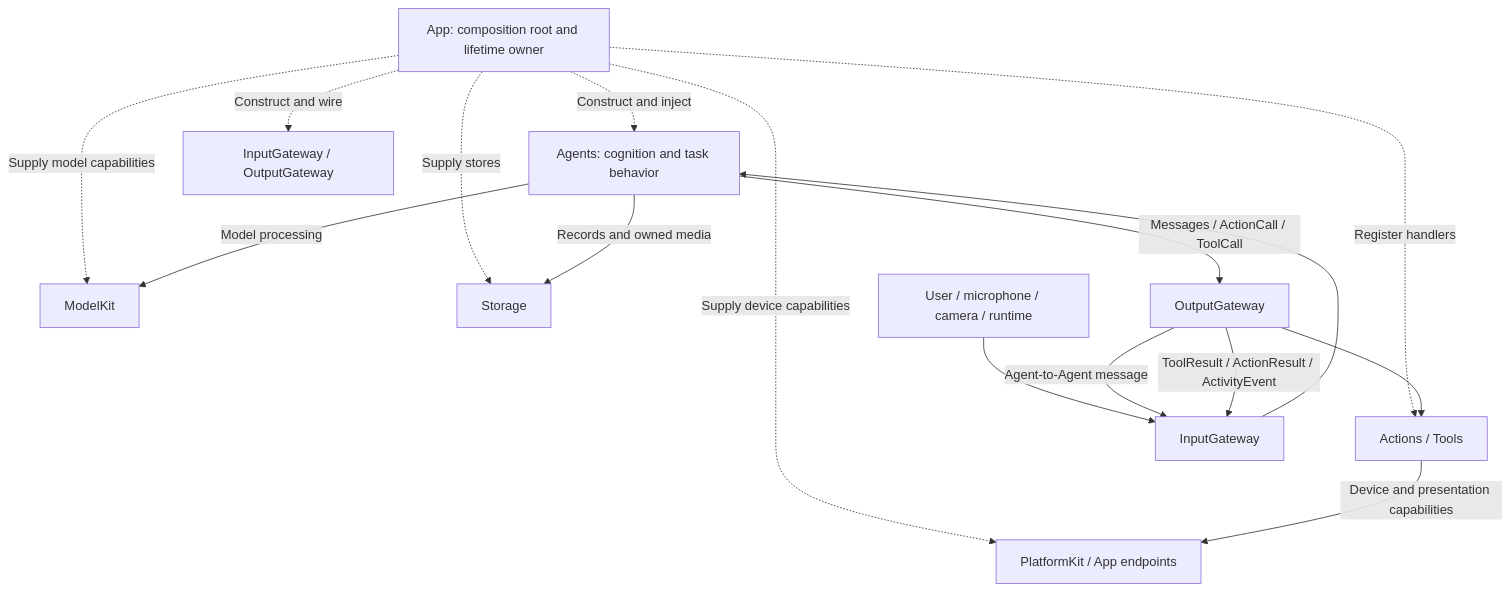
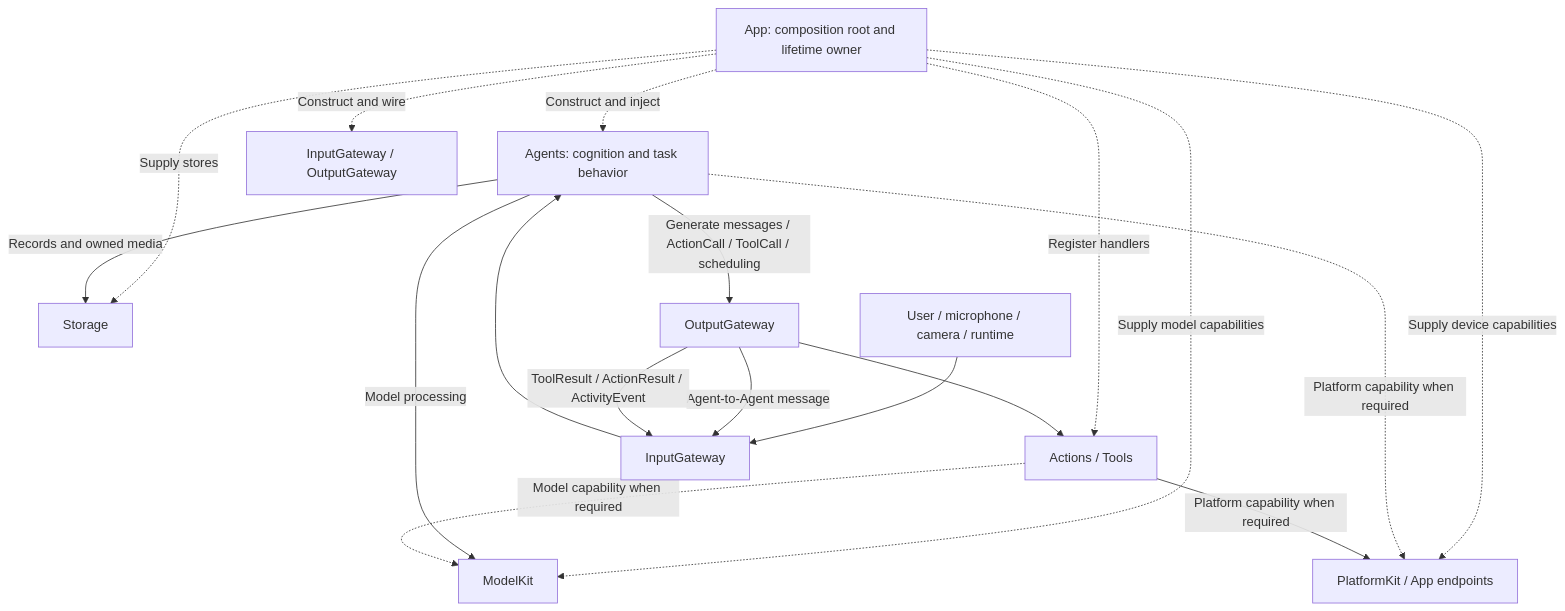
One commit to devilyouwei/MobileHarness changed the second of 14 diagrams in MobileHarness/README.md. Above: the diagram before and after it, drawn with Mermaid. The commit also changed other lines of this file, not shown here.

Commit message:
docs: define agent behavior generation model

````diff
--- a/MobileHarness/README.md
+++ b/MobileHarness/README.md
@@ -65,20 +65,22 @@
 ```mermaid
 flowchart TB
     App[App: composition root and lifetime owner]
     App -.->|Construct and inject| Agents[Agents: cognition and task behavior]
     App -.->|Construct and wire| Gateway[InputGateway / OutputGateway]
     App -.->|Register handlers| Behavior[Actions / Tools]
     App -.->|Supply model capabilities| ModelKit
     App -.->|Supply stores| Storage
     App -.->|Supply device capabilities| Platform
 
     External[User / microphone / camera / runtime] --> Input[InputGateway]
     Input --> Agents
     Agents -->|Model processing| ModelKit
+    Agents -.->|Platform capability when required| Platform
     Agents -->|Records and owned media| Storage
-    Agents -->|Messages / ActionCall / ToolCall| Output[OutputGateway]
+    Agents -->|Generate messages / ActionCall / ToolCall / scheduling| Output[OutputGateway]
     Output -->|Agent-to-Agent message| Input
     Output --> Behavior
-    Behavior -->|Device and presentation capabilities| Platform[PlatformKit / App endpoints]
+    Behavior -.->|Model capability when required| ModelKit
+    Behavior -->|Platform capability when required| Platform[PlatformKit / App endpoints]
     Output -->|ToolResult / ActionResult / ActivityEvent| Input
 ```
````
